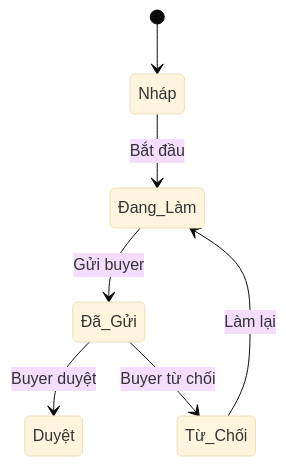
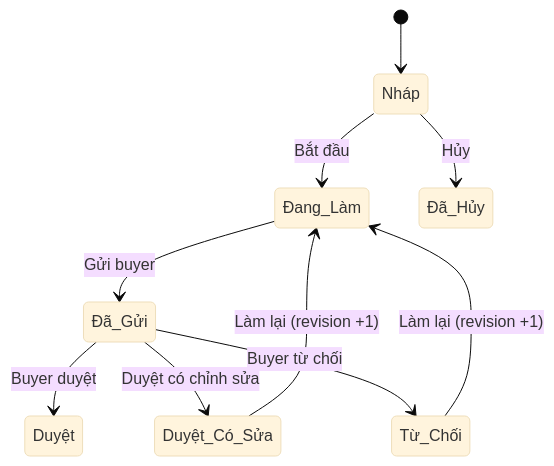
One commit to phongbksneep/odoo-garment-project changed the sixth of 10 diagrams in docs/QUICK_START.md. Above: the diagram before and after it, drawn with Mermaid (base theme). The commit also changed other lines of this file and 1 other file, not shown here.

Commit message:
docs: fix 6 discrepancies between code and documentation
- Cost Sheet: added 'revised' state, expanded field table from 13 to 30 fields
  (SMV, CM rate, washing/embroidery/printing/testing costs, overhead/profit %,
  cost_price, selling_price, total_order_value), added costing formulas note
- Cost Line: fixed cost_type values (fabric/accessory/packing/other),
  added wastage%, supplier, amount_per_pc formula
- Packing List: fixed states (draft→packing→packed→shipped→delivered→cancelled),
  added 11 shipping fields (PO, port, ship_mode, ETD/ETA, vessel, B/L, container),
  added packing_type, net_weight, CBM, added Mermaid workflow diagram
- Carton Line: expanded from 7 to 17 fields (dimensions, weights, CBM, barcode)
- Sample: fixed states (added approved_with_comments + cancelled),
  fixed sample_type values (size_set, ad_hoc instead of photo),
  expanded field table to 21 fields, added garment.sample.comment model docs,
  updated Mermaid diagrams in both USER_GUIDE.md and QUICK_START.md
- Production Plan: added SMV, priority, ship_date, total_planned, remaining_qty,
  total_required_days fields

Tests: 113 post-tests passed, 0 failures

````diff
--- a/docs/QUICK_START.md
+++ b/docs/QUICK_START.md
@@ -200,9 +200,12 @@
 ```mermaid
 stateDiagram-v2
     [*] --> Nháp
     Nháp --> Đang_Làm: Bắt đầu
     Đang_Làm --> Đã_Gửi: Gửi buyer
     Đã_Gửi --> Duyệt: Buyer duyệt
+    Đã_Gửi --> Duyệt_Có_Sửa: Duyệt có chỉnh sửa
     Đã_Gửi --> Từ_Chối: Buyer từ chối
-    Từ_Chối --> Đang_Làm: Làm lại
+    Duyệt_Có_Sửa --> Đang_Làm: Làm lại (revision +1)
+    Từ_Chối --> Đang_Làm: Làm lại (revision +1)
+    Nháp --> Đã_Hủy: Hủy
 ```
````
